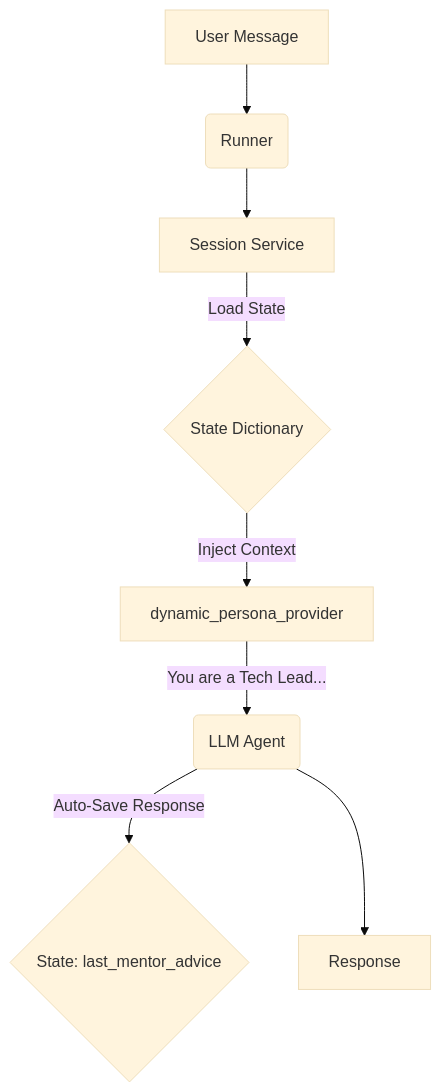
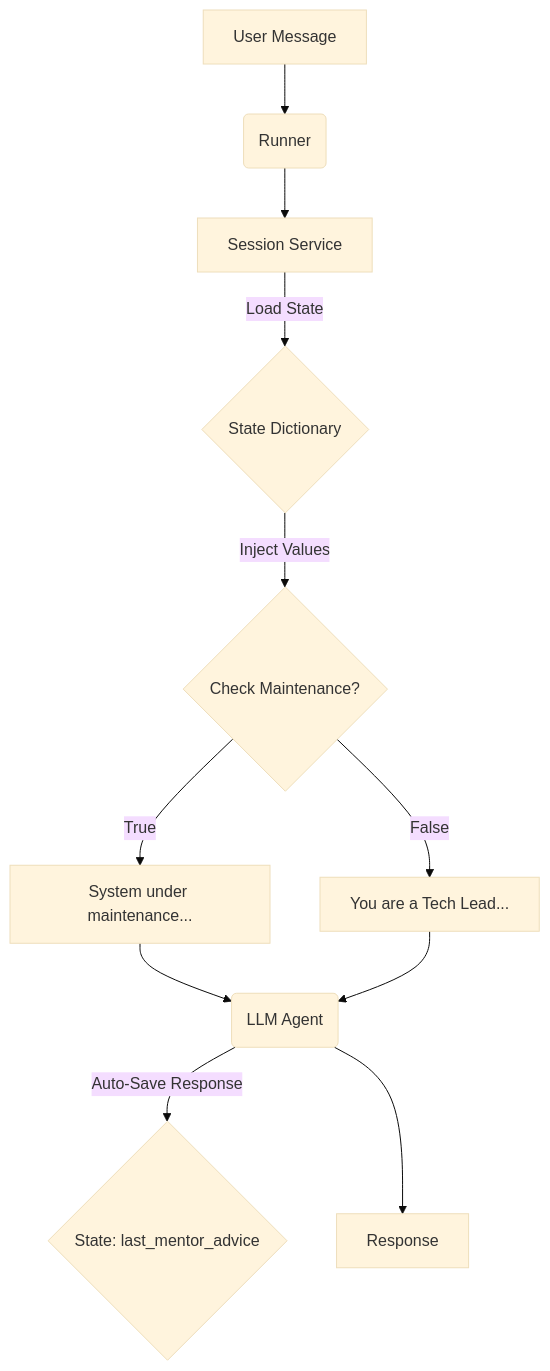
The diagram in README.md (Rex6961/TechLeadAgent), drawn with Mermaid (base theme) before and after one commit. The commit also changed other lines of this file and 6 other files, not shown here.

Commit message:
feat: implement maintenance mode guardrail in agent logic

````diff
--- a/README.md
+++ b/README.md
@@ -23,10 +21,13 @@
 ```mermaid
 graph TD
-    A[User Message] --> R(Runner);
+    User[User Message] --> R(Runner);
     R --> S[Session Service];
     S -- Load State --> St{State Dictionary};
-    St -- Inject Context --> IP[dynamic_persona_provider];
-    IP -- "You are a Tech Lead..." --> LLM(LLM Agent);
+    St -- Inject Values --> IP[dynamic_persona_provider];
+    IP{Check Maintenance?};
+    IP -- "True" --> Static["System under maintenance..."];
+    IP -- "False" --> Dyn["You are a Tech Lead..."];
+    Static & Dyn --> LLM(LLM Agent);
     LLM -- Auto-Save Response --> St2{State: last_mentor_advice};
     LLM --> Response;
 ```
````
